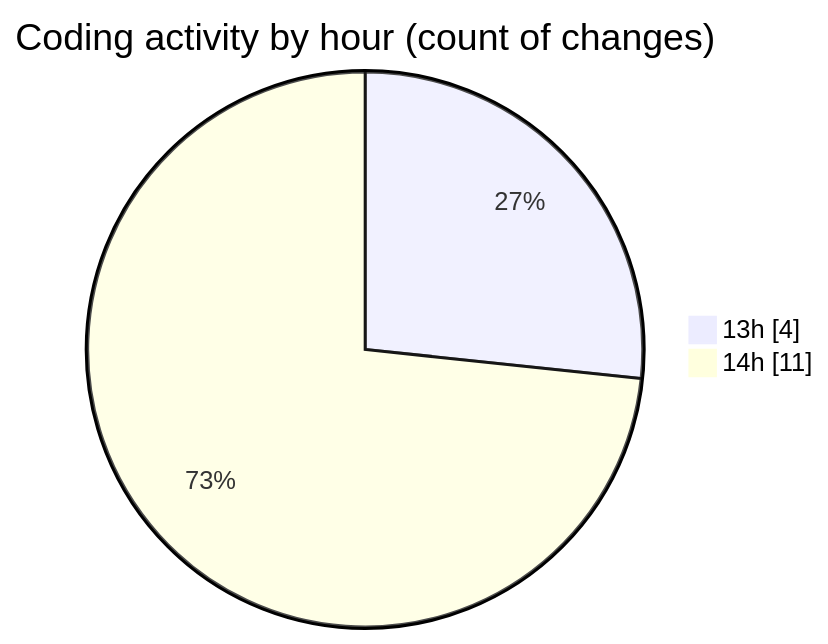
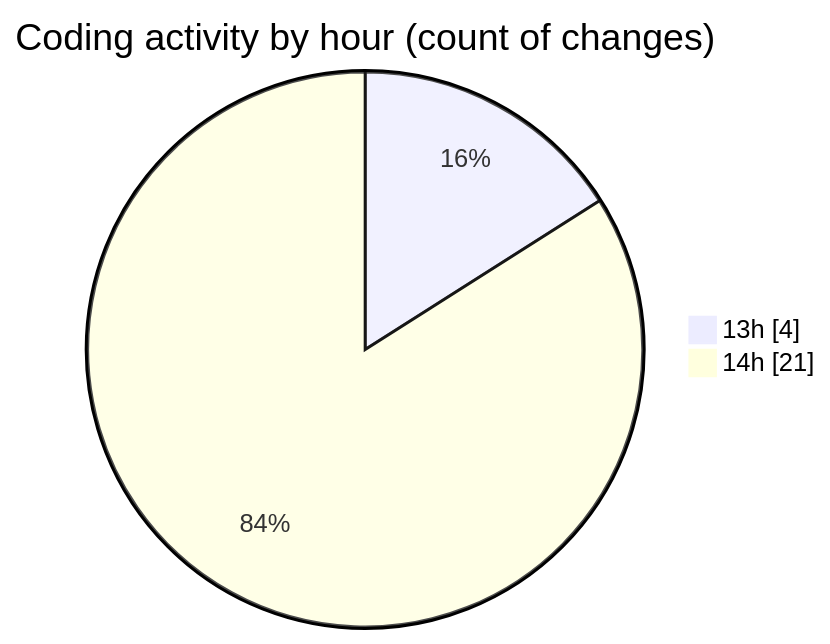
One commit to EIIisD/code-tracking changed the second of 2 diagrams in 2025-08-18/claudecraft/README.md. Above: the diagram before and after it, drawn with Mermaid. The commit also changed other lines of this file and 1 other file, not shown here.

````diff
--- a/2025-08-18/claudecraft/README.md
+++ b/2025-08-18/claudecraft/README.md
@@ -28,6 +28,6 @@
 ```mermaid
 pie showData
 title Coding activity by hour (count of changes)
 "13h" : 4
-"14h" : 11
+"14h" : 21
 ```
````
